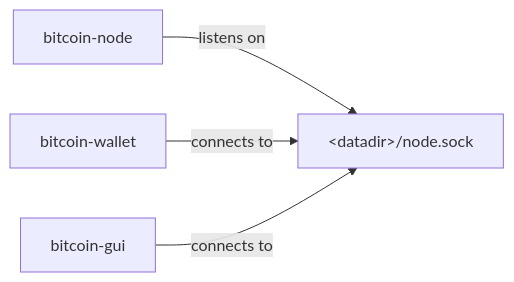
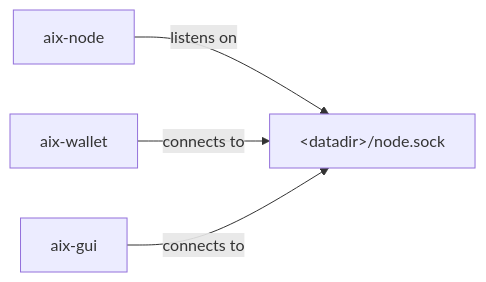
The first of 3 diagrams in doc/design/multiprocess.md (aixcoin-core/gui), drawn with Mermaid before and after one commit. The commit also changed other lines of this file and 670 other files, not shown here.

````diff
--- a/doc/design/multiprocess.md
+++ b/doc/design/multiprocess.md
@@ -29,6 +29,6 @@
 ```mermaid
 flowchart LR
-    node[bitcoin-node] -- listens on --> socket["&lt;datadir&gt;/node.sock"]
-    wallet[bitcoin-wallet] -- connects to --> socket
-    gui[bitcoin-gui] -- connects to --> socket
+    node[aix-node] -- listens on --> socket["&lt;datadir&gt;/node.sock"]
+    wallet[aix-wallet] -- connects to --> socket
+    gui[aix-gui] -- connects to --> socket
 ```
````
